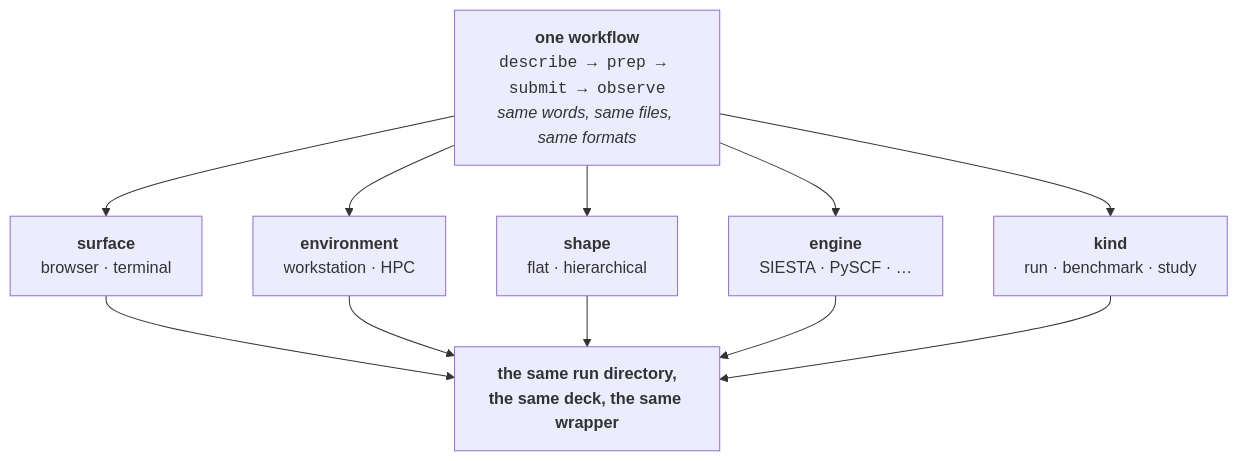
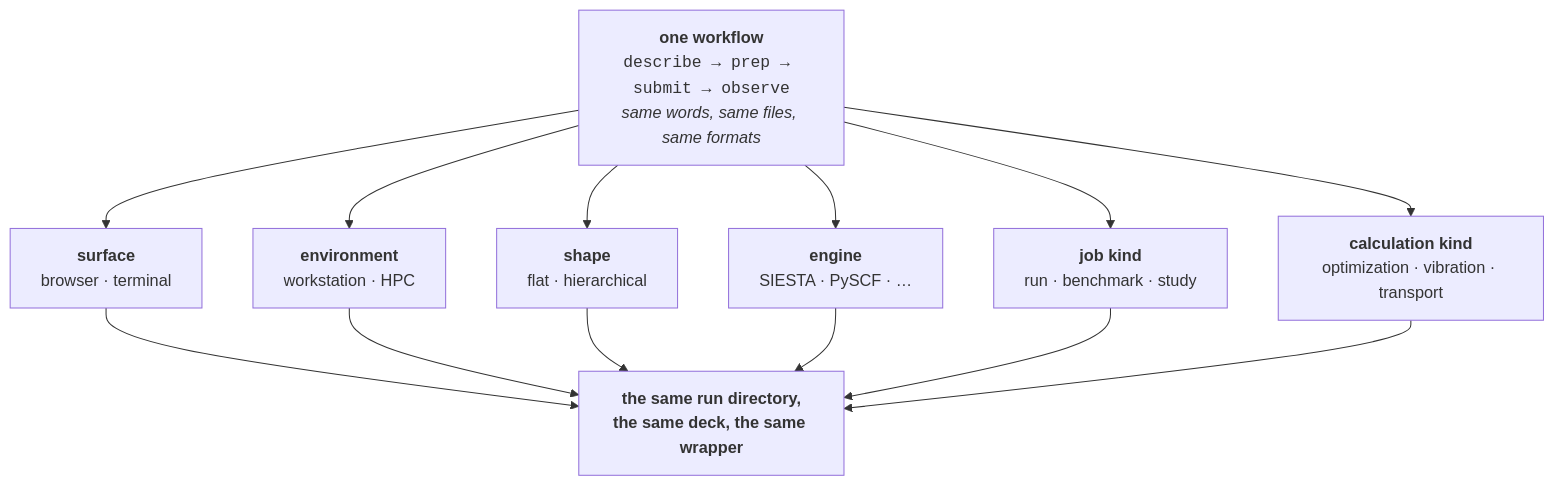
One commit to Qing-LAB/molbuilder changed the first of 10 diagrams in docs/execution/architecture.md. Above: the diagram before and after it, drawn with Mermaid. The commit also changed other lines of this file and 9 other files, not shown here.

````diff
--- a/docs/execution/architecture.md
+++ b/docs/execution/architecture.md
@@ -34,14 +34,16 @@
 ```mermaid
 flowchart TB
     W["<b>one workflow</b><br/><code>describe → prep → submit → observe</code><br/><i>same words, same files, same formats</i>"]
     W --> A1["<b>surface</b><br/>browser · terminal"]
     W --> A2["<b>environment</b><br/>workstation · HPC"]
     W --> A3["<b>shape</b><br/>flat · hierarchical"]
     W --> A4["<b>engine</b><br/>SIESTA · PySCF · …"]
-    W --> A5["<b>kind</b><br/>run · benchmark · study"]
+    W --> A5["<b>job kind</b><br/>run · benchmark · study"]
+    W --> A6["<b>calculation kind</b><br/>optimization · vibration · transport"]
     A1 --> R["<b>the same run directory,<br/>the same deck, the same wrapper</b>"]
     A2 --> R
     A3 --> R
     A4 --> R
     A5 --> R
+    A6 --> R
 ```
````
